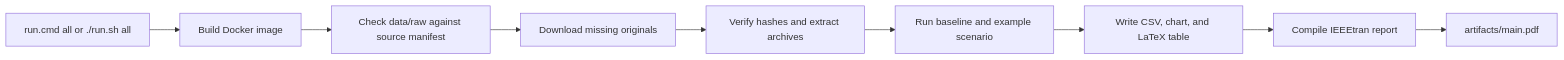
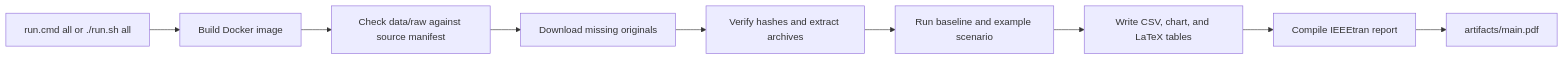
The diagram in README.md (brenobeirigo/warehouse-project-template), drawn with Mermaid before and after one commit. The commit also changed other lines of this file and 5 other files, not shown here.

````diff
--- a/README.md
+++ b/README.md
@@ -39,11 +39,11 @@
 ```mermaid
 flowchart LR
     A[run.cmd all or ./run.sh all] --> B[Build Docker image]
     B --> C[Check data/raw against source manifest]
     C --> D[Download missing originals]
     D --> E[Verify hashes and extract archives]
     E --> F[Run baseline and example scenario]
-    F --> G[Write CSV, chart, and LaTeX table]
+    F --> G[Write CSV, chart, and LaTeX tables]
     G --> H[Compile IEEEtran report]
     H --> I[artifacts/main.pdf]
 ```
````
